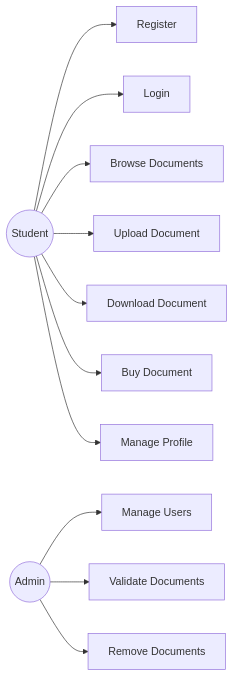
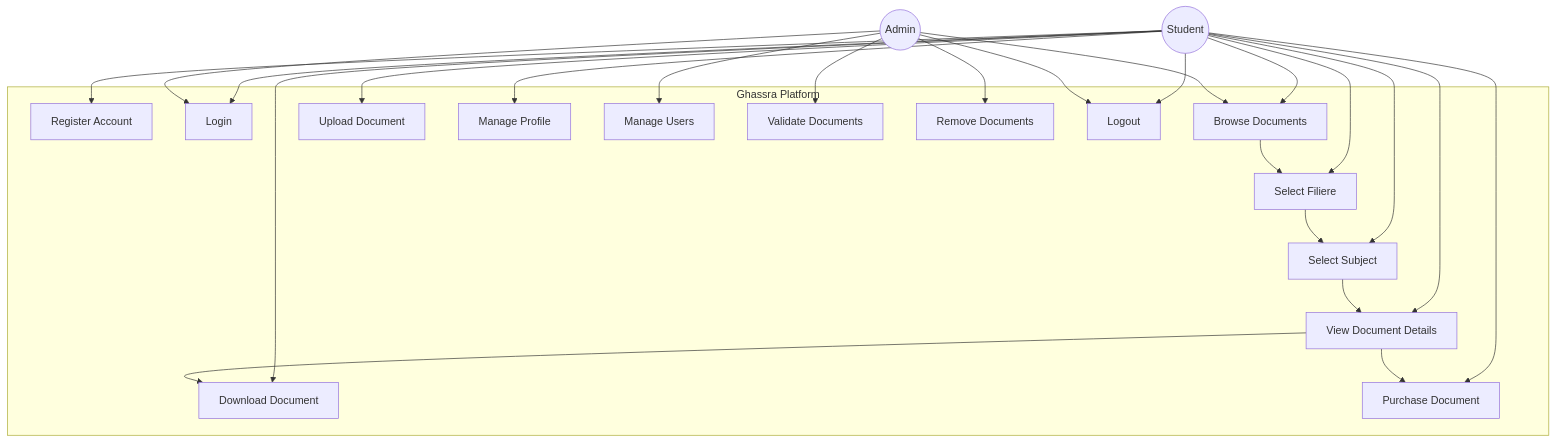
Before and after one commit to quinn618/WebProject: the diagram in conception/usecase.md, drawn with Mermaid. The commit also changed 1 other file, not shown here.

Commit message:
edited the diagram codes

````diff
--- a/conception/usecase.md
+++ b/conception/usecase.md
@@ -3,18 +1,48 @@
 ```mermaid
-flowchart LR
+graph TB
+
+subgraph System[Ghassra Platform]
+  Register[Register Account]
+  Login[Login]
+  BrowseDocs[Browse Documents]
+  SelectFiliere[Select Filiere]
+  SelectSubject[Select Subject]
+  ViewDoc[View Document Details]
+  UploadDoc[Upload Document]
+  DownloadDoc[Download Document]
+  BuyDoc[Purchase Document]
+  ManageProfile[Manage Profile]
+  ManageUsers[Manage Users]
+  ValidateDocs[Validate Documents]
+  RemoveDocs[Remove Documents]
+  Logout[Logout]
+end
 
 User((Student))
 Admin((Admin))
 
 User --> Register
 User --> Login
-User --> BrowseDocs[Browse Documents]
-User --> UploadDoc[Upload Document]
-User --> DownloadDoc[Download Document]
-User --> BuyDoc[Buy Document]
-User --> ManageProfile[Manage Profile]
+User --> BrowseDocs
+User --> SelectFiliere
+User --> SelectSubject
+User --> ViewDoc
+User --> UploadDoc
+User --> DownloadDoc
+User --> BuyDoc
+User --> ManageProfile
+User --> Logout
 
-Admin --> ManageUsers[Manage Users]
-Admin --> ValidateDocs[Validate Documents]
-Admin --> RemoveDocs[Remove Documents]
+Admin --> Login
+Admin --> ManageUsers
+Admin --> ValidateDocs
+Admin --> RemoveDocs
+Admin --> BrowseDocs
+Admin --> Logout
+
+BrowseDocs --> SelectFiliere
+SelectFiliere --> SelectSubject
+SelectSubject --> ViewDoc
+ViewDoc --> DownloadDoc
+ViewDoc --> BuyDoc
 ```
````
